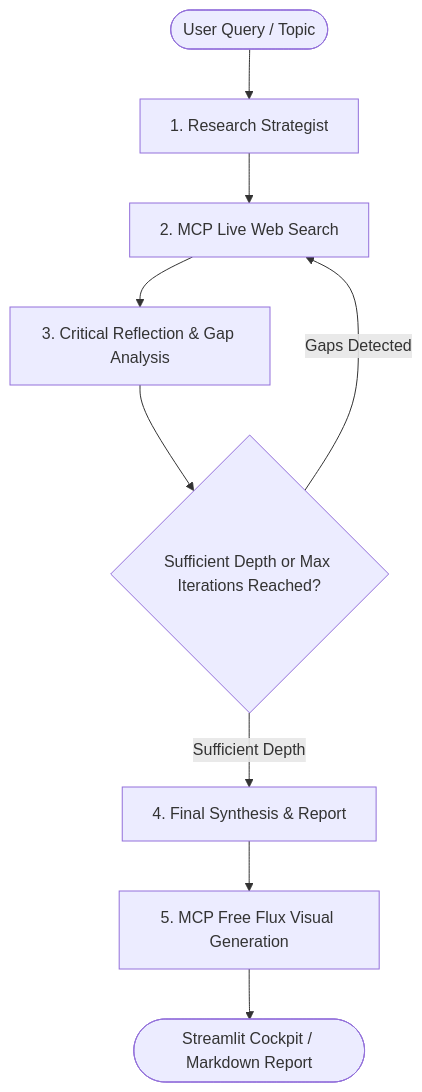
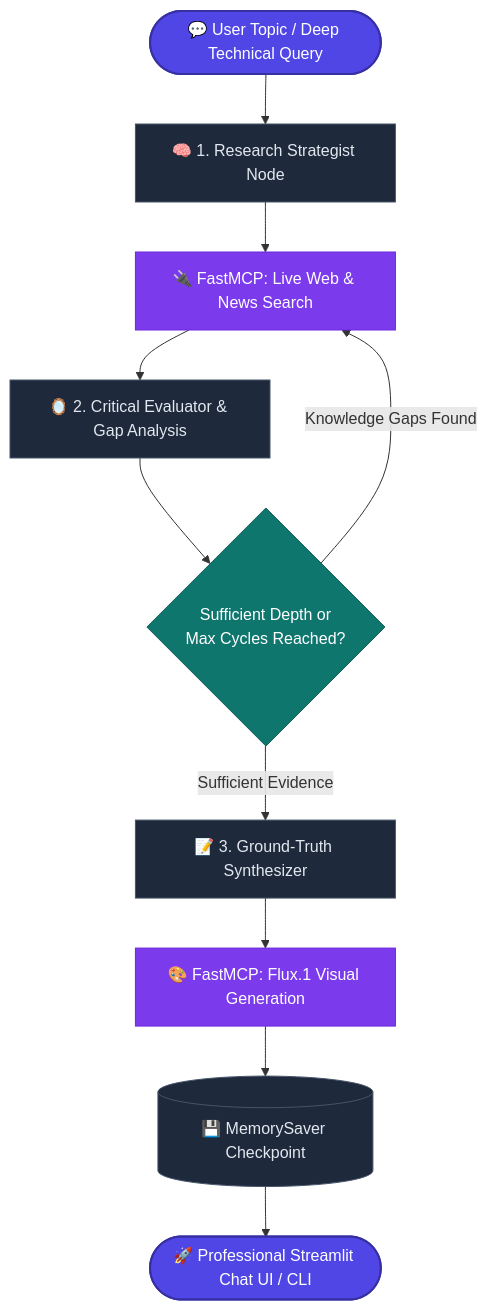
Before and after one commit to Sanil656/AI-Research-Agent: the diagram in README.md, drawn with Mermaid. The commit also changed other lines of this file, not shown here.

Commit message:
docs: modernize README with interactive badges, live demo URL, architecture flowchart, and deployment guide

````diff
--- a/README.md
+++ b/README.md
@@ -20,11 +61,17 @@
 ```mermaid
 graph TD
-    Start([User Query / Topic]) --> Plan[1. Research Strategist]
-    Plan --> MCP_Search[2. MCP Live Web Search]
-    MCP_Search --> Reflect[3. Critical Reflection & Gap Analysis]
-    Reflect --> Decision{Sufficient Depth or Max Iterations Reached?}
-    Decision -- "Gaps Detected" --> MCP_Search
-    Decision -- "Sufficient Depth" --> Synthesize[4. Final Synthesis & Report]
-    Synthesize --> MCP_Image[5. MCP Free Flux Visual Generation]
-    MCP_Image --> End([Streamlit Cockpit / Markdown Report])
+    classDef startend fill:#4f46e5,stroke:#3730a3,stroke-width:2px,color:#fff;
+    classDef process fill:#1e293b,stroke:#475569,stroke-width:1px,color:#e2e8f0;
+    classDef mcp fill:#7c3aed,stroke:#6d28d9,stroke-width:1px,color:#fff;
+    classDef decision fill:#0f766e,stroke:#115e59,stroke-width:1px,color:#fff;
+
+    Start([💬 User Topic / Deep Technical Query]):::startend --> Plan[🧠 1. Research Strategist Node]:::process
+    Plan --> MCP_Search[🔌 FastMCP: Live Web & News Search]:::mcp
+    MCP_Search --> Reflect[🪞 2. Critical Evaluator & Gap Analysis]:::process
+    Reflect --> Decision{Sufficient Depth or<br/>Max Cycles Reached?}:::decision
+    Decision -- "Knowledge Gaps Found" --> MCP_Search
+    Decision -- "Sufficient Evidence" --> Synthesize[📝 3. Ground-Truth Synthesizer]:::process
+    Synthesize --> MCP_Image[🎨 FastMCP: Flux.1 Visual Generation]:::mcp
+    MCP_Image --> Memory[(💾 MemorySaver Checkpoint)]:::process
+    Memory --> UI([🚀 Professional Streamlit Chat UI / CLI]):::startend
 ```
````
